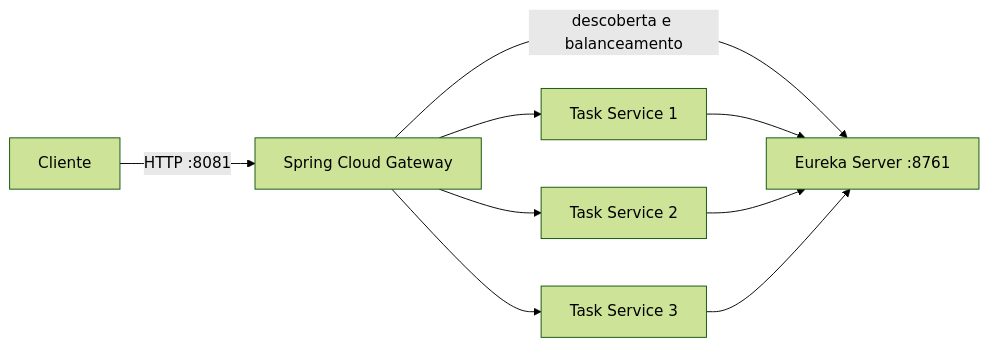
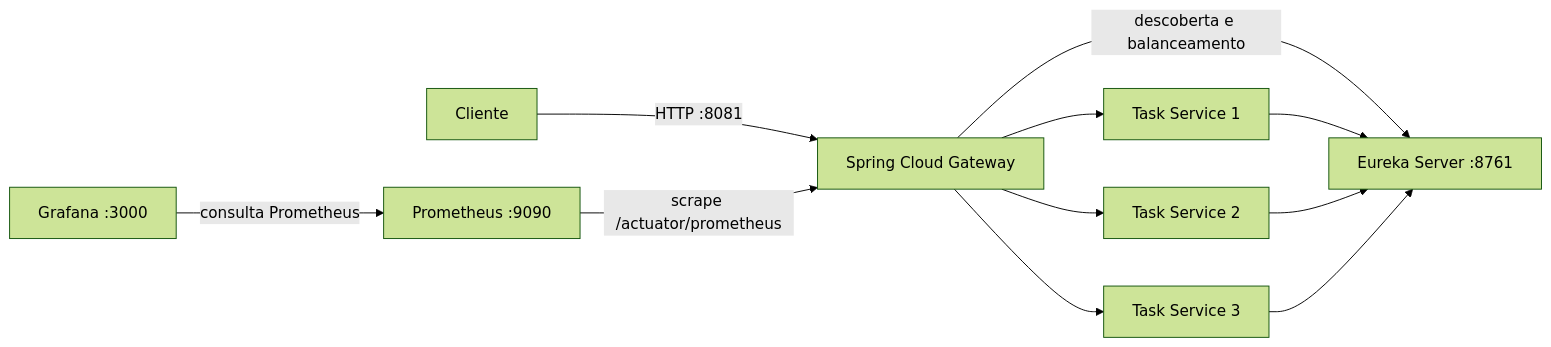
Before and after one commit to AlessandroSoaresRangel/estudo-microsservicos: the diagram in README.md, drawn with Mermaid (forest theme). The commit also changed other lines of this file and 10 other files, not shown here.

````diff
--- a/README.md
+++ b/README.md
@@ -7,11 +7,13 @@
 ```mermaid
 flowchart LR
     C[Cliente] -->|HTTP :8081| G[Spring Cloud Gateway]
+    P[Prometheus :9090] -->|scrape /actuator/prometheus| G
+    D[Grafana :3000] -->|consulta Prometheus| P
     G -->|descoberta e balanceamento| E[Eureka Server :8761]
     G --> T1[Task Service 1]
     G --> T2[Task Service 2]
     G --> T3[Task Service 3]
     T1 --> E
     T2 --> E
     T3 --> E
 ```
````
